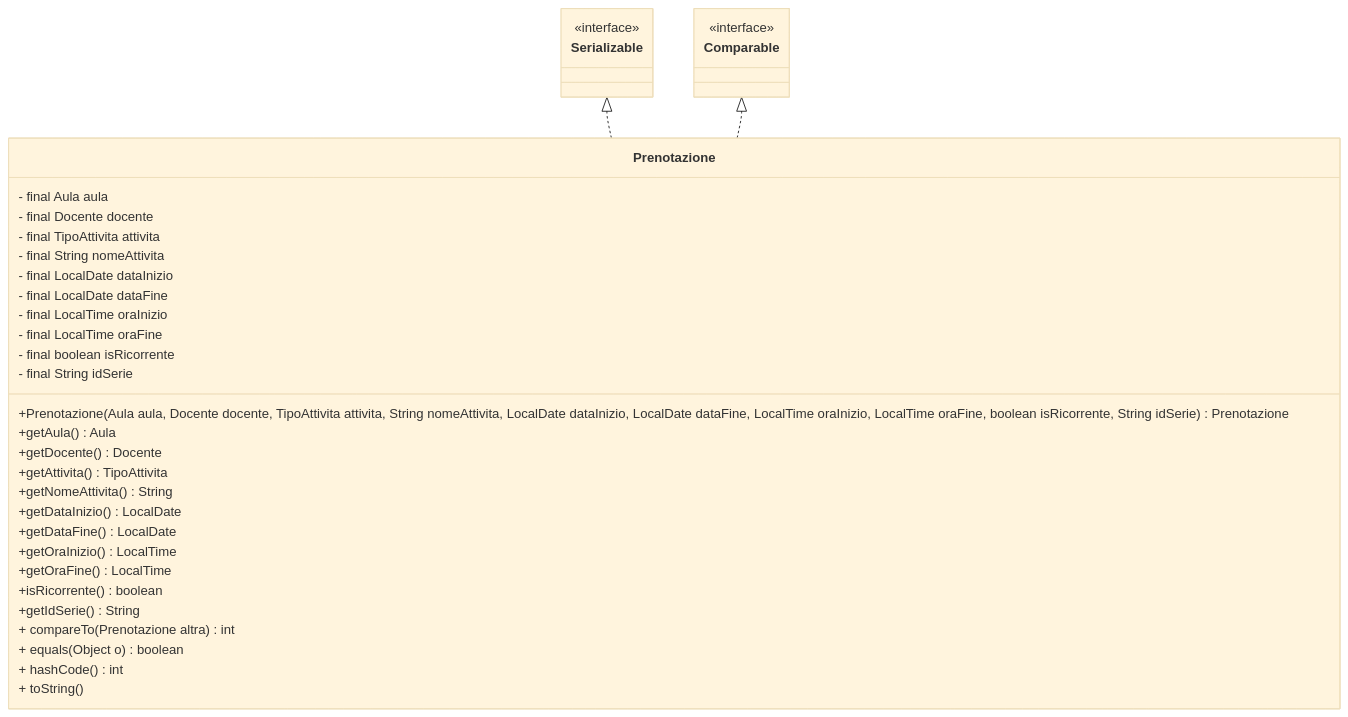
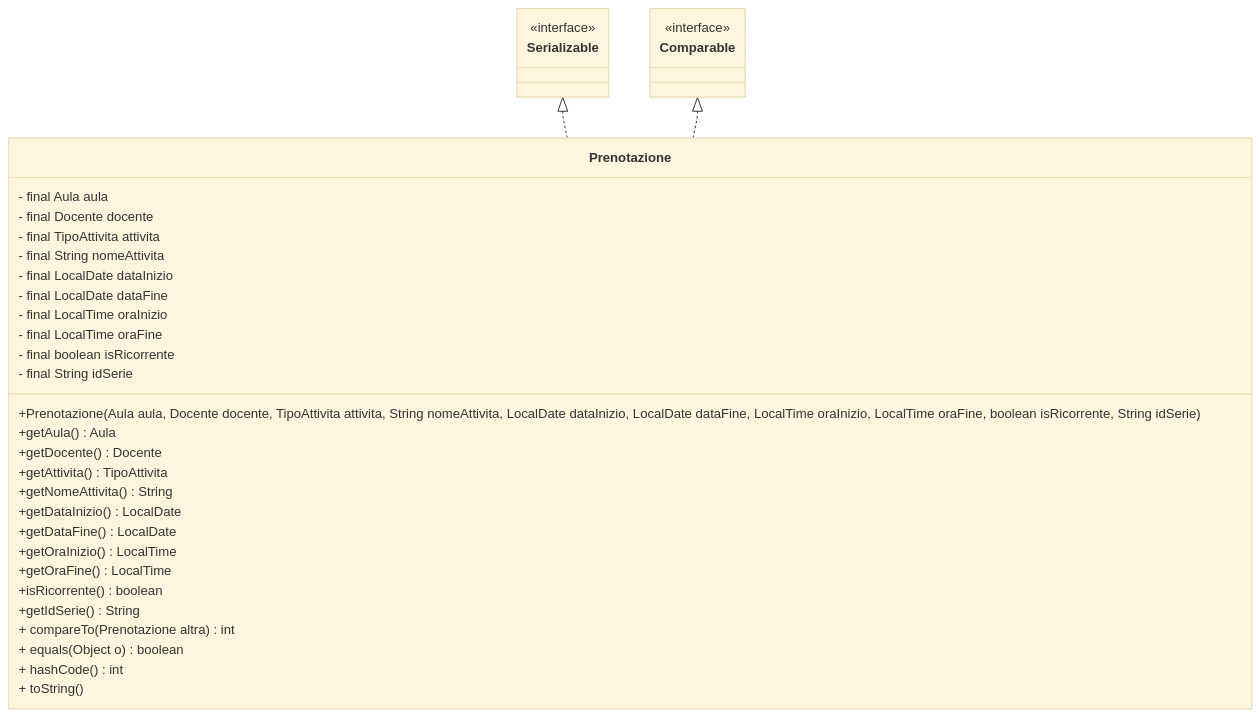
The diagram in diagrams/prenotazioneClassDiagram.md (gcarbone48/PrenotazioneAule5), drawn with Mermaid (base theme) before and after one commit. The commit also changed 4 other files, not shown here.

````diff
--- a/diagrams/prenotazioneClassDiagram.md
+++ b/diagrams/prenotazioneClassDiagram.md
@@ -1,49 +1,49 @@
 ```mermaid
 classDiagram
 
     class Serializable {
              <<interface>>
     }
     class Comparable {
              <<interface>>
     }
 
     Serializable <|.. Prenotazione
     Comparable <|.. Prenotazione
 
 
  class Prenotazione{
         - final Aula aula
         - final Docente docente
         - final TipoAttivita attivita
         - final String nomeAttivita
         - final LocalDate dataInizio
         - final LocalDate dataFine
         - final LocalTime oraInizio
         - final LocalTime oraFine
         - final boolean isRicorrente
         - final String idSerie 
         %% codice interno x controlli nostri
         
         %%Costruttore 
-        +Prenotazione(Aula aula, Docente docente, TipoAttivita attivita, String nomeAttivita, LocalDate dataInizio, LocalDate dataFine, LocalTime oraInizio, LocalTime oraFine, boolean isRicorrente, String idSerie) Prenotazione
+        +Prenotazione(Aula aula, Docente docente, TipoAttivita attivita, String nomeAttivita, LocalDate dataInizio, LocalDate dataFine, LocalTime oraInizio, LocalTime oraFine, boolean isRicorrente, String idSerie) 
         +getAula() Aula
         +getDocente() Docente
         +getAttivita() TipoAttivita
         +getNomeAttivita() String
         +getDataInizio() LocalDate
         +getDataFine() LocalDate
         +getOraInizio() LocalTime
         +getOraFine() LocalTime
         +isRicorrente() boolean
         +getIdSerie() String
 
 
         + compareTo(Prenotazione altra) int
         + equals(Object o) boolean
         + hashCode() int
         + toString()
         
 
     }
 ```
````
